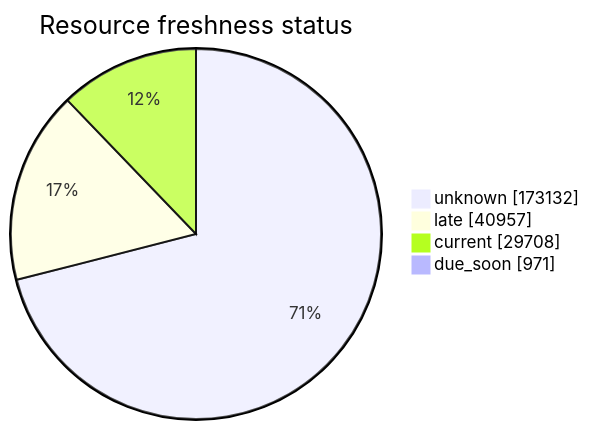
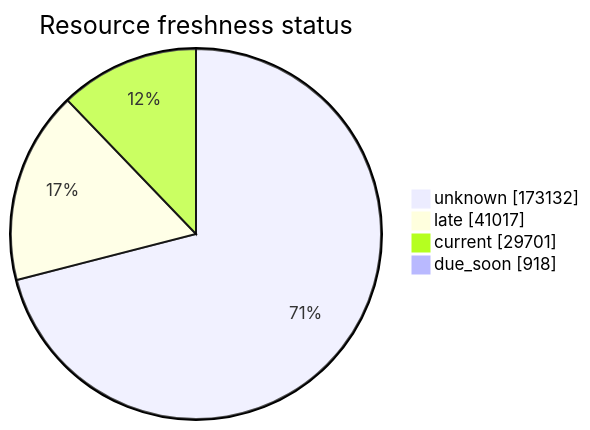
The third of 5 diagrams in FreshCheck/README.md (open-data/analytics-corporate-reporting), drawn with Mermaid before and after one commit. The commit also changed other lines of this file and 3 other files, not shown here.

````diff
--- a/FreshCheck/README.md
+++ b/FreshCheck/README.md
@@ -77,7 +77,7 @@
 ```mermaid
 pie showData title Resource freshness status
     "unknown": 173132
-    "late": 40957
-    "current": 29708
-    "due_soon": 971
+    "late": 41017
+    "current": 29701
+    "due_soon": 918
 ```
````
